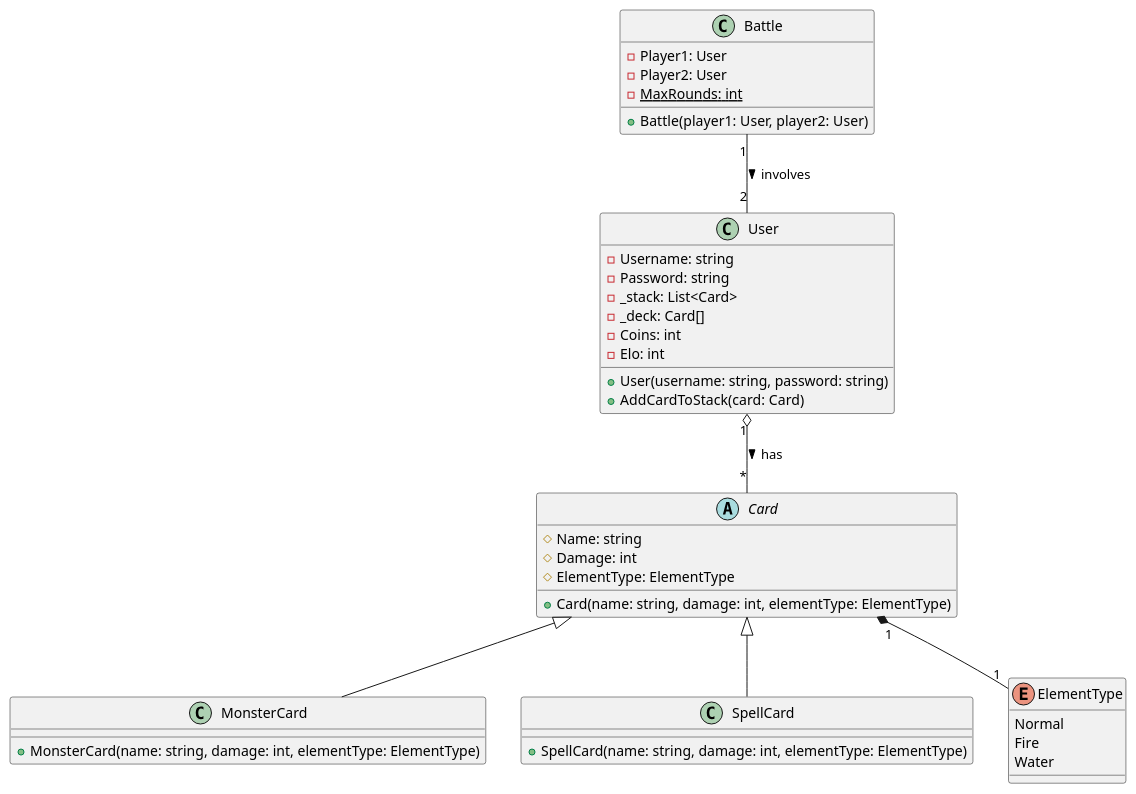
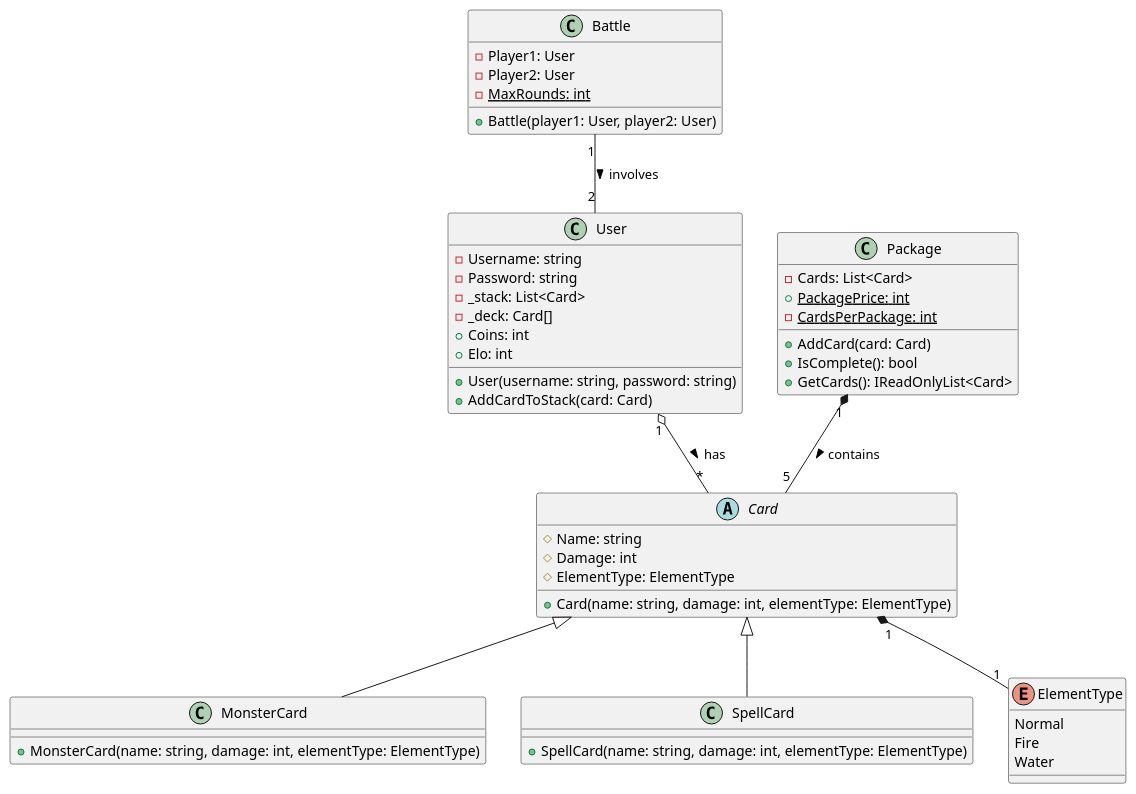
One commit to jakuslizy/MonsterTradingCardGame changed the diagram in MonsterTradingCardGame/MonsterTradingCardGameClassDiagram.puml. Above: the diagram before and after it, drawn with PlantUML.

Commit message:
Update Class Diagram

```diff
--- a/MonsterTradingCardGame/MonsterTradingCardGameClassDiagram.puml
+++ b/MonsterTradingCardGame/MonsterTradingCardGameClassDiagram.puml
@@ -1,48 +1,58 @@
 @startuml
 'https://plantuml.com/class-diagram
 
 abstract class Card {
   # Name: string
   # Damage: int
   # ElementType: ElementType
   + Card(name: string, damage: int, elementType: ElementType)
 }
 
 class MonsterCard {
   + MonsterCard(name: string, damage: int, elementType: ElementType)
 }
 
 class SpellCard {
   + SpellCard(name: string, damage: int, elementType: ElementType)
 }
 
 class User {
   - Username: string
   - Password: string
   - _stack: List<Card>
   - _deck: Card[]
-  - Coins: int
-  - Elo: int
+  + Coins: int
+  + Elo: int
   + User(username: string, password: string)
   + AddCardToStack(card: Card)
 }
 
 class Battle {
   - Player1: User
   - Player2: User
   - {static} MaxRounds: int
   + Battle(player1: User, player2: User)
+}
+
+class Package {
+  - Cards: List<Card>
+  + {static} PackagePrice: int
+  - {static} CardsPerPackage: int
+  + AddCard(card: Card)
+  + IsComplete(): bool
+  + GetCards(): IReadOnlyList<Card>
 }
 
 enum ElementType {
   Normal
   Fire
   Water
 }
 
 Card <|-- MonsterCard
 Card <|-- SpellCard
 Card "1" *-- "1" ElementType
 User "1" o-- "*" Card : has >
 Battle "1" -- "2" User : involves >
+Package "1" *-- "5" Card : contains >
 @enduml
```
